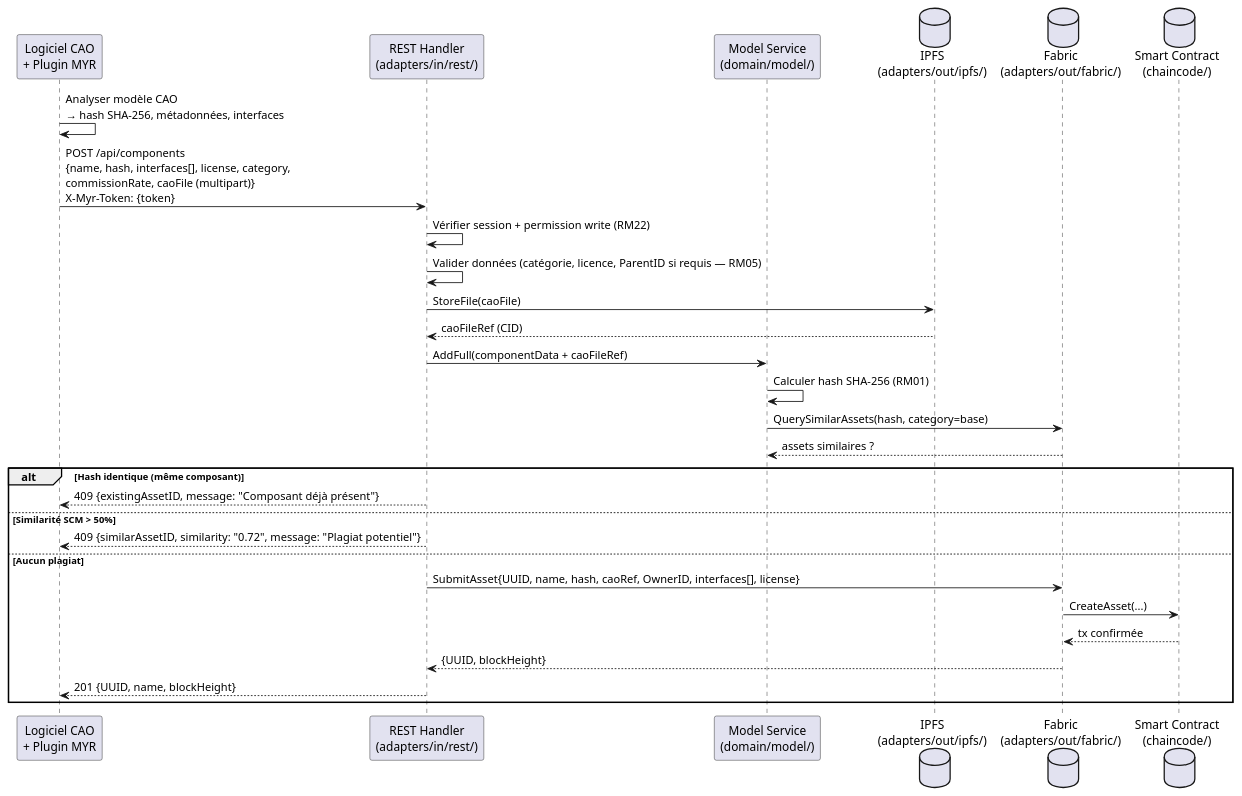
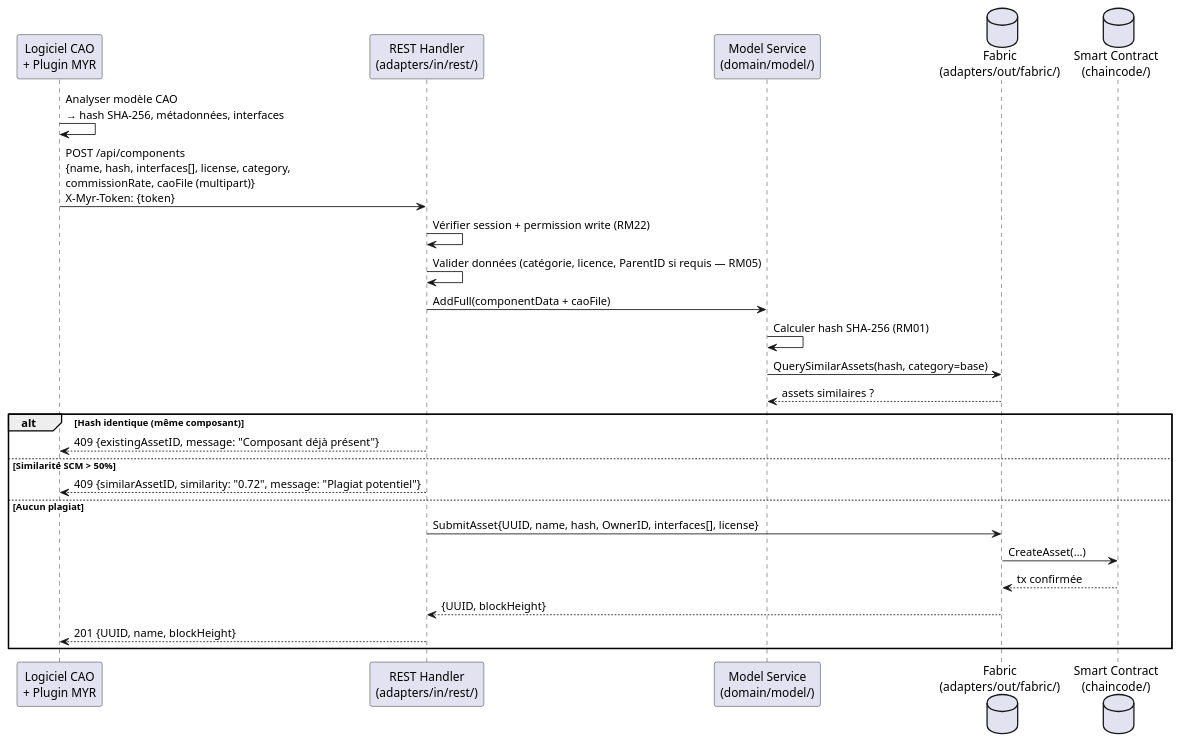
One commit to myr-forge/myr-core changed the second of 2 diagrams in specs/2-Analyse/UCAUT-Automatisation/UCAUT03.md. Above: the diagram before and after it, drawn with PlantUML. The commit also changed other lines of this file and 23 other files, not shown here.

````diff
--- a/specs/2-Analyse/UCAUT-Automatisation/UCAUT03.md
+++ b/specs/2-Analyse/UCAUT-Automatisation/UCAUT03.md
@@ -181,38 +181,34 @@
 ```plantuml
 @startuml
 participant "Logiciel CAO\n+ Plugin MYR" as Plugin
 participant "REST Handler\n(adapters/in/rest/)" as REST
 participant "Model Service\n(domain/model/)" as ModelSvc
-database "IPFS\n(adapters/out/ipfs/)" as IPFS
 database "Fabric\n(adapters/out/fabric/)" as Fabric
 database "Smart Contract\n(chaincode/)" as CC
 
 Plugin -> Plugin : Analyser modèle CAO\n→ hash SHA-256, métadonnées, interfaces
 
 Plugin -> REST : POST /api/components\n{name, hash, interfaces[], license, category,\ncommissionRate, caoFile (multipart)}\nX-Myr-Token: {token}
 REST -> REST : Vérifier session + permission write (RM22)
 REST -> REST : Valider données (catégorie, licence, ParentID si requis — RM05)
 
-REST -> IPFS : StoreFile(caoFile)
-IPFS --> REST : caoFileRef (CID)
-
-REST -> ModelSvc : AddFull(componentData + caoFileRef)
+REST -> ModelSvc : AddFull(componentData + caoFile)
 ModelSvc -> ModelSvc : Calculer hash SHA-256 (RM01)
 ModelSvc -> Fabric : QuerySimilarAssets(hash, category=base)
 Fabric --> ModelSvc : assets similaires ?
 
 alt Hash identique (même composant)
     REST --> Plugin : 409 {existingAssetID, message: "Composant déjà présent"}
 else Similarité SCM > 50%
     REST --> Plugin : 409 {similarAssetID, similarity: "0.72", message: "Plagiat potentiel"}
 else Aucun plagiat
-    REST -> Fabric : SubmitAsset{UUID, name, hash, caoRef, OwnerID, interfaces[], license}
+    REST -> Fabric : SubmitAsset{UUID, name, hash, OwnerID, interfaces[], license}
     Fabric -> CC : CreateAsset(...)
     CC --> Fabric : tx confirmée
     Fabric --> REST : {UUID, blockHeight}
 
     REST --> Plugin : 201 {UUID, name, blockHeight}
 end
 
 @enduml
 ```
````
